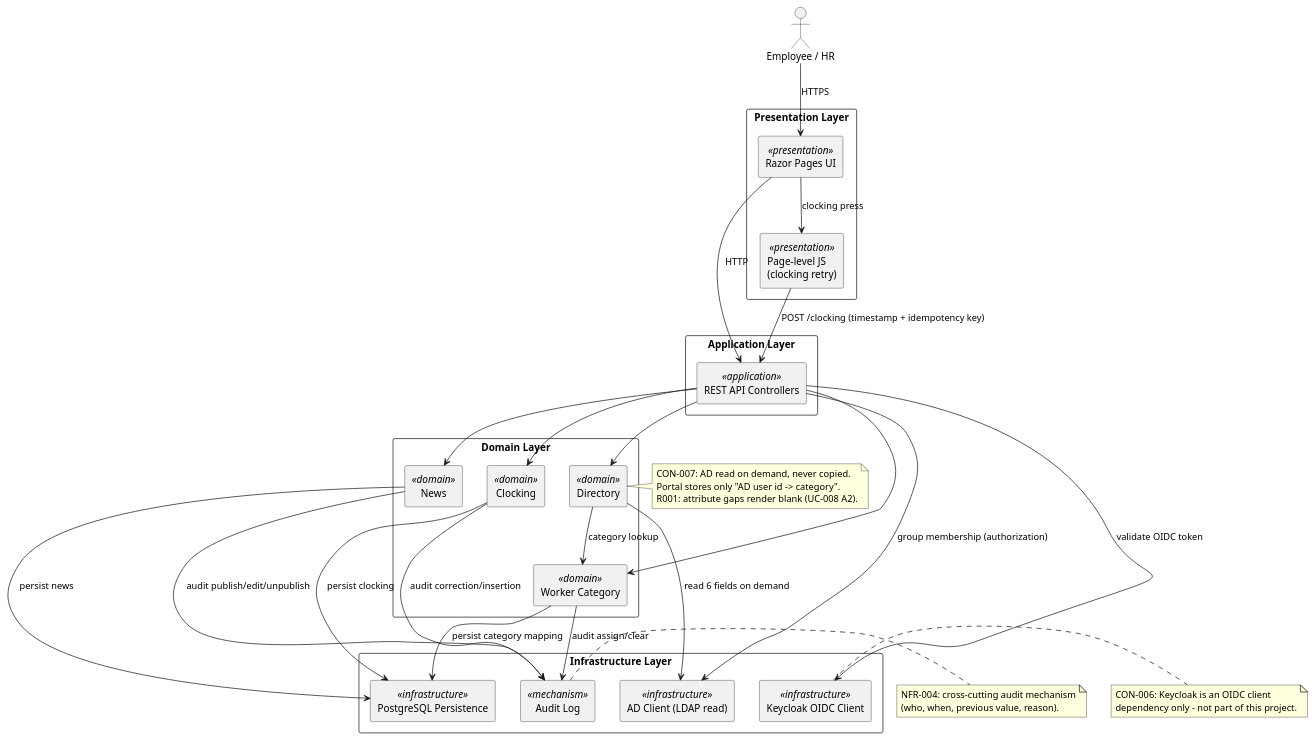
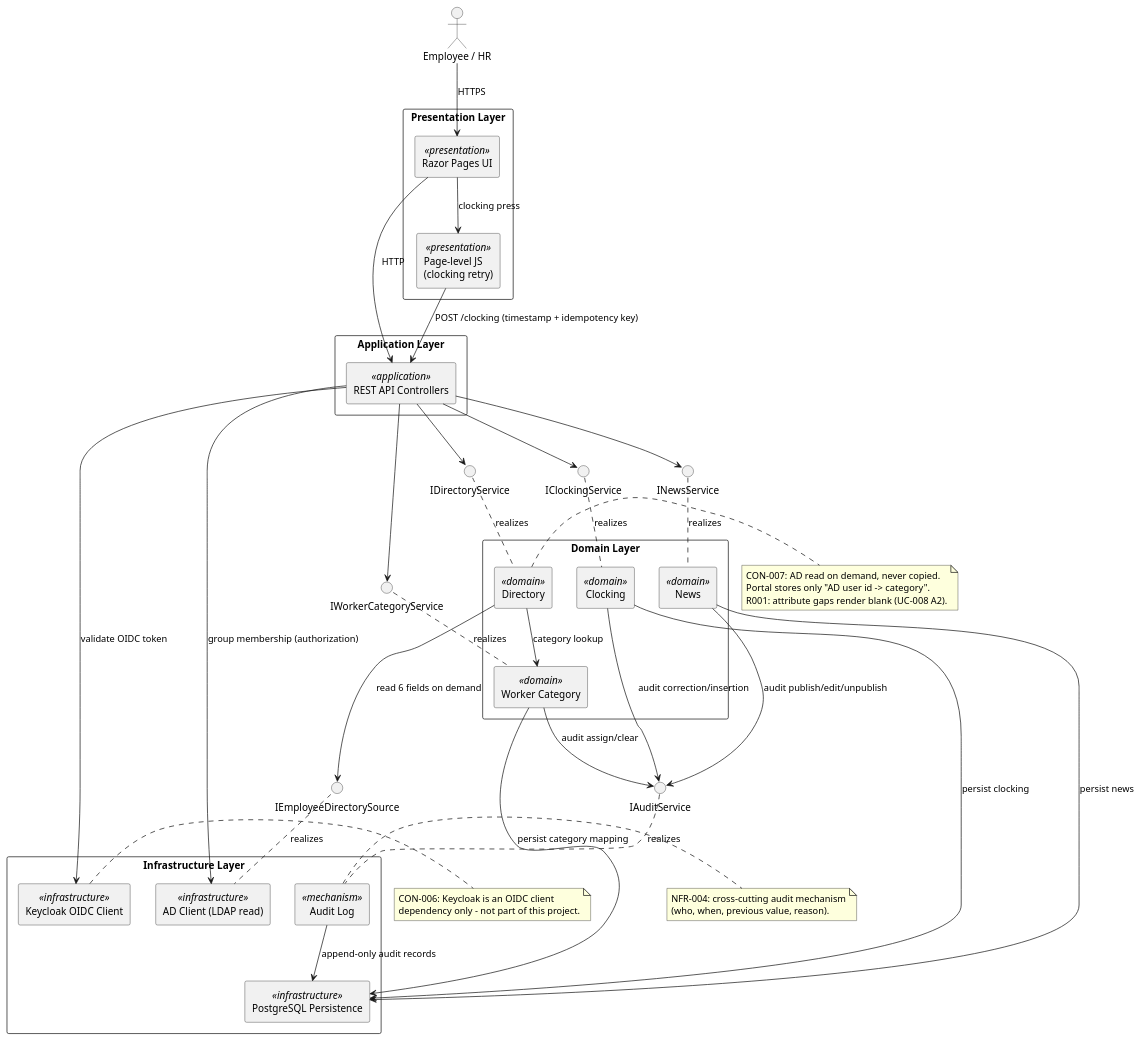
One commit to banense-test/portal changed the fourth of 7 diagrams in docs/artifacts/analysis---design/software-architecture-document.md. Above: the diagram before and after it, drawn with PlantUML. The commit also changed other lines of this file, not shown here.

First line of the commit message:
Software Architect [E1]: upsert Software Architecture Document

```diff
--- a/docs/artifacts/analysis---design/software-architecture-document.md
+++ b/docs/artifacts/analysis---design/software-architecture-document.md
@@ -113,27 +234,43 @@
   component "Audit Log" as AUD <<mechanism>>
 }
 
+interface "IClockingService" as ICLK
+interface "INewsService" as INWS
+interface "IDirectoryService" as IDIR
+interface "IWorkerCategoryService" as ICAT
+interface "IAuditService" as IAUD
+interface "IEmployeeDirectorySource" as IAD
+
 actor "Employee / HR" as USER
 
 USER --> UI : HTTPS
 UI --> JS : clocking press
 JS --> API : POST /clocking (timestamp + idempotency key)
 UI --> API : HTTP
-API --> CLK
-API --> NWS
-API --> DIR
-API --> CAT
+
+API --> ICLK
+API --> INWS
+API --> IDIR
+API --> ICAT
+
+ICLK .. CLK : realizes
+INWS .. NWS : realizes
+IDIR .. DIR : realizes
+ICAT .. CAT : realizes
 
 CLK --> DB : persist clocking
 NWS --> DB : persist news
 CAT --> DB : persist category mapping
-DIR --> AD : read 6 fields on demand
+DIR --> IAD : read 6 fields on demand
+IAD .. AD : realizes
 DIR --> CAT : category lookup
 API --> KC : validate OIDC token
 API --> AD : group membership (authorization)
-CLK --> AUD : audit correction/insertion
-NWS --> AUD : audit publish/edit/unpublish
-CAT --> AUD : audit assign/clear
+CLK --> IAUD : audit correction/insertion
+NWS --> IAUD : audit publish/edit/unpublish
+CAT --> IAUD : audit assign/clear
+IAUD .. AUD : realizes
+AUD --> DB : append-only audit records
 
 note right of DIR
   CON-007: AD read on demand, never copied.
```
